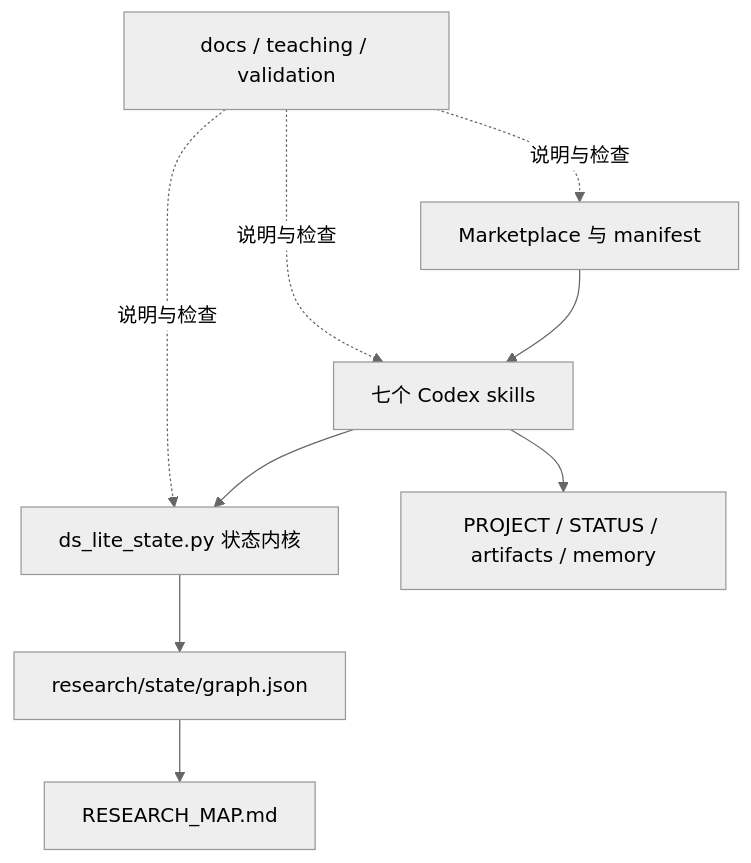
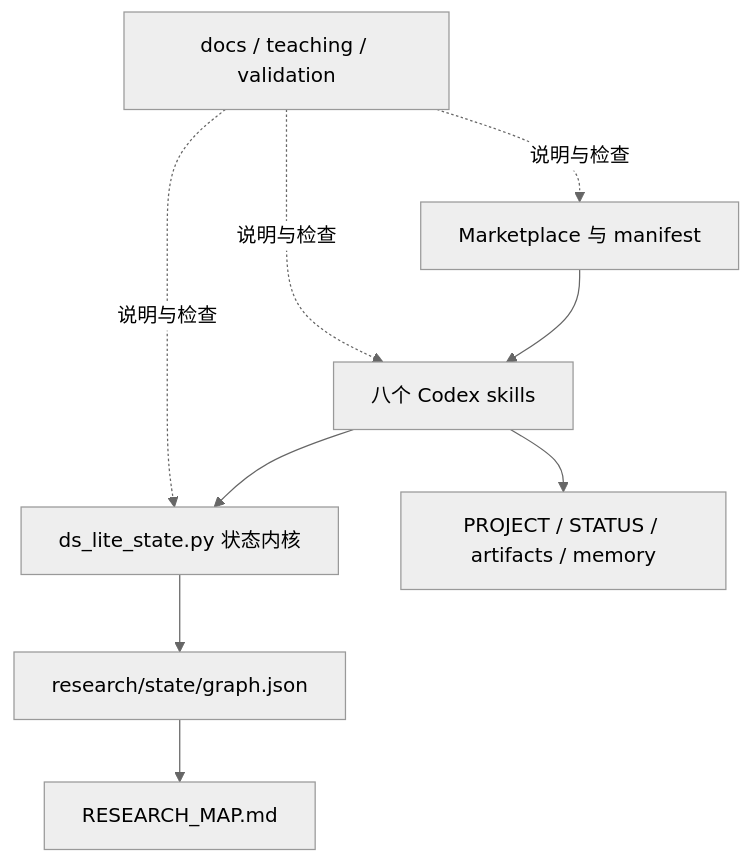
Before and after one commit to AlexenderSokolov/deepscientist-lite-codex-plugin: the first of 2 diagrams in docs/implementation.zh.md, drawn with Mermaid (neutral theme). The commit also changed other lines of this file and 23 other files, not shown here.

````diff
--- a/docs/implementation.zh.md
+++ b/docs/implementation.zh.md
@@ -97,11 +97,11 @@
 ```mermaid
 flowchart TB
-    M["Marketplace 与 manifest"] --> S["七个 Codex skills"]
+    M["Marketplace 与 manifest"] --> S["八个 Codex skills"]
     S --> K["ds_lite_state.py 状态内核"]
     S --> F["PROJECT / STATUS / artifacts / memory"]
     K --> G["research/state/graph.json"]
     G --> R["RESEARCH_MAP.md"]
     D["docs / teaching / validation"] -. 说明与检查 .-> M
     D -. 说明与检查 .-> S
     D -. 说明与检查 .-> K
 ```
````
